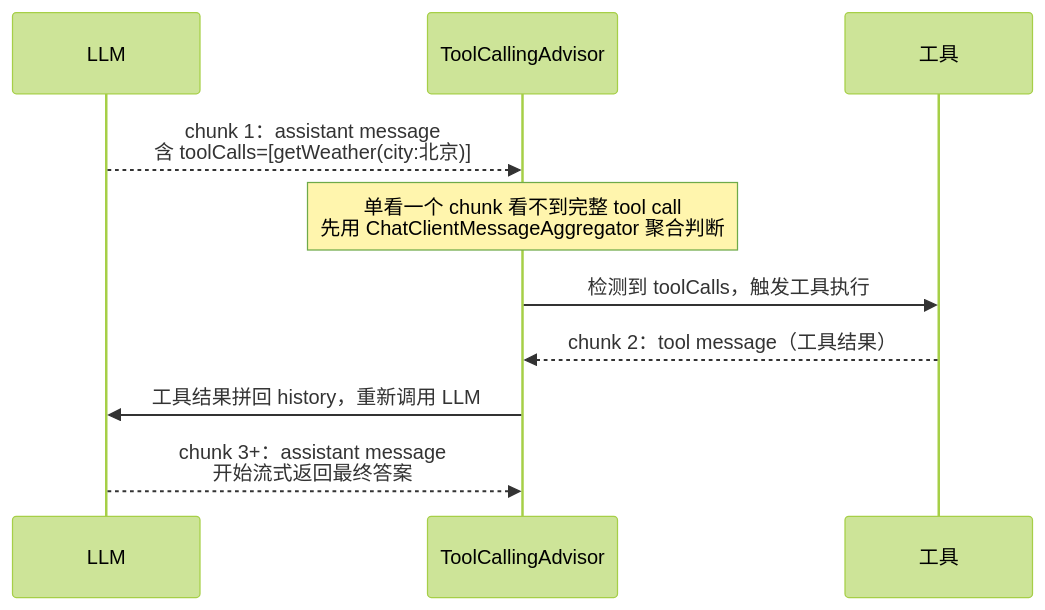
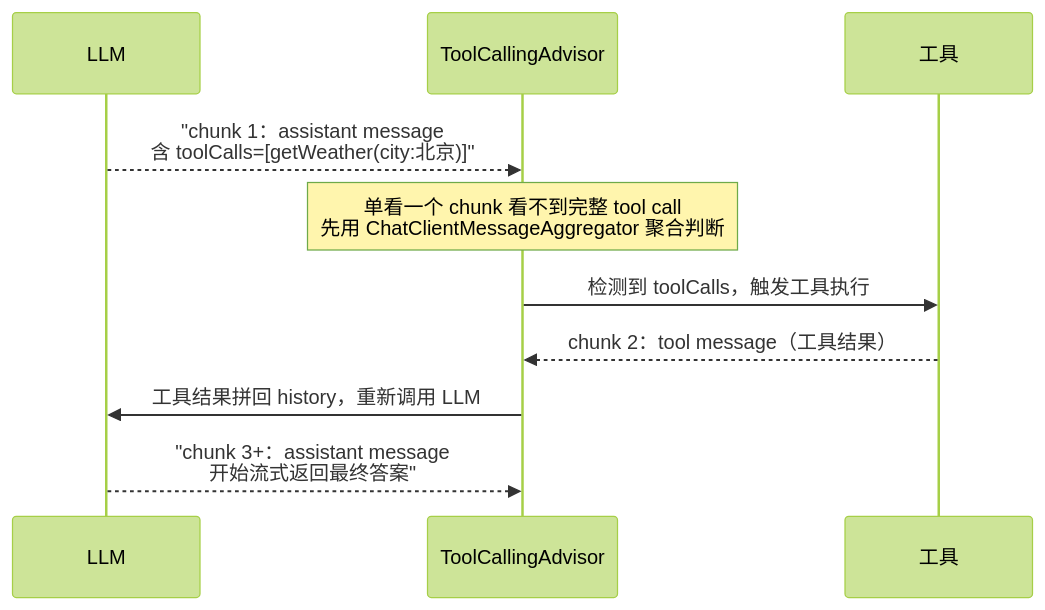
Before and after one commit to UranusGit/java-agent-learn: the fourth of 4 diagrams in docs/tutorials/spring-ai-2.0/04-流式响应与Reactor深度.md, drawn with Mermaid (forest theme). The commit also changed other lines of this file and 137 other files, not shown here.

First line of the commit message:
docs全库mermaid图质量深化：改写残留字符画、补缺图、修坏图

````diff
--- a/docs/tutorials/spring-ai-2.0/04-流式响应与Reactor深度.md
+++ b/docs/tutorials/spring-ai-2.0/04-流式响应与Reactor深度.md
@@ -404,12 +394,12 @@
 ```mermaid
 sequenceDiagram
     participant LLM as LLM
     participant ADV as ToolCallingAdvisor
     participant TOOL as 工具
-    LLM-->>ADV: chunk 1：assistant message<br/>含 toolCalls=[getWeather(city:北京)]
+    LLM-->>ADV: "chunk 1：assistant message<br/>含 toolCalls=[getWeather(city:北京)]"
     Note over ADV: 单看一个 chunk 看不到完整 tool call<br/>先用 ChatClientMessageAggregator 聚合判断
     ADV->>TOOL: 检测到 toolCalls，触发工具执行
     TOOL-->>ADV: chunk 2：tool message（工具结果）
     ADV->>LLM: 工具结果拼回 history，重新调用 LLM
-    LLM-->>ADV: chunk 3+：assistant message<br/>开始流式返回最终答案
+    LLM-->>ADV: "chunk 3+：assistant message<br/>开始流式返回最终答案"
 ```
````
